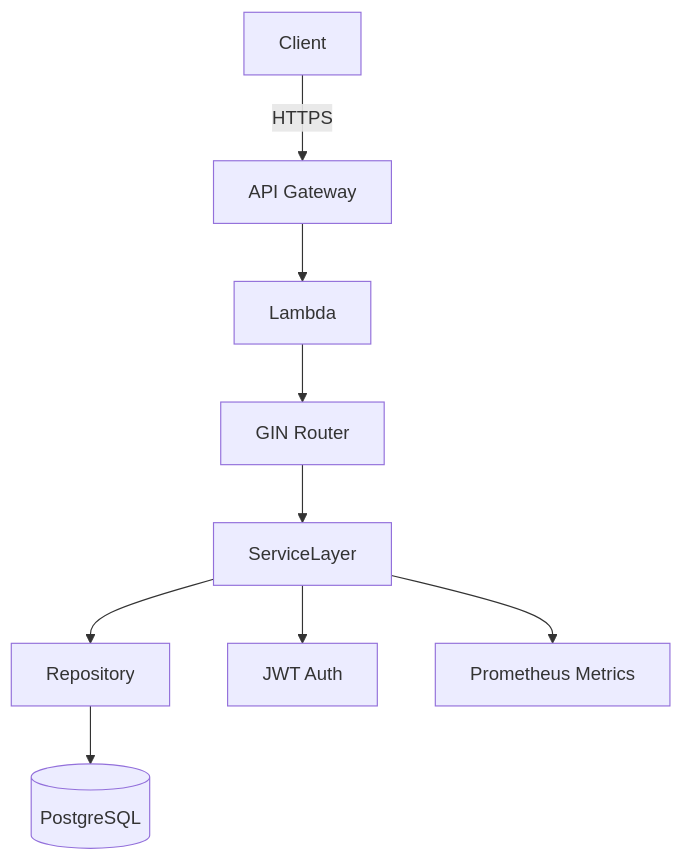
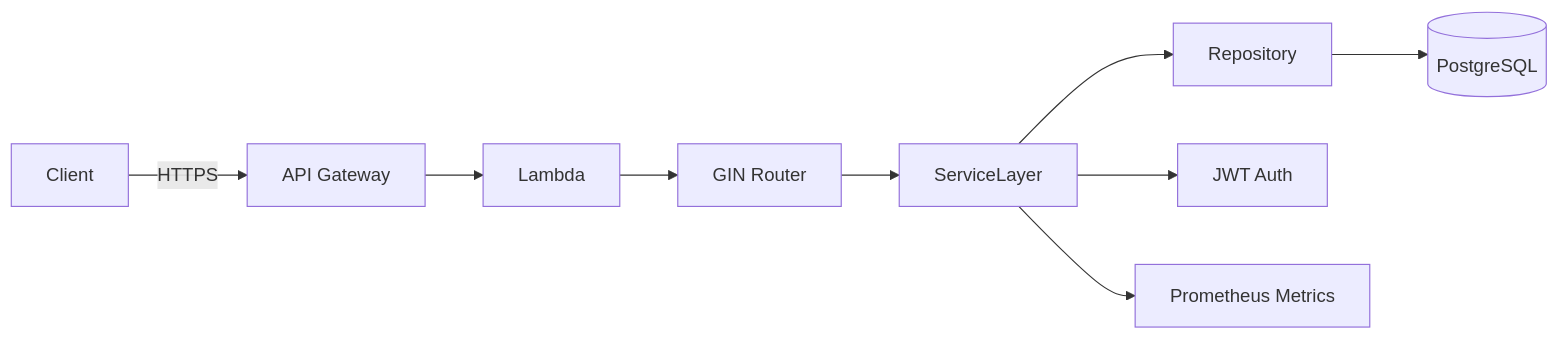
Before and after one commit to harryho/nw-api-gogin: the diagram in README.md, drawn with Mermaid.

````diff
--- a/README.md
+++ b/README.md
@@ -12,11 +12,11 @@
 ```mermaid
-graph TD
+graph LR
   Client -->|HTTPS| APIGW[API Gateway]
   APIGW --> Lambda
   Lambda --> GinRouter[GIN Router]
   GinRouter --> ServiceLayer
   ServiceLayer --> Repository
   Repository --> PostgreSQL[(PostgreSQL)]
   ServiceLayer --> AuthN[JWT Auth]
   ServiceLayer --> Metrics[Prometheus Metrics]
 ```
````
